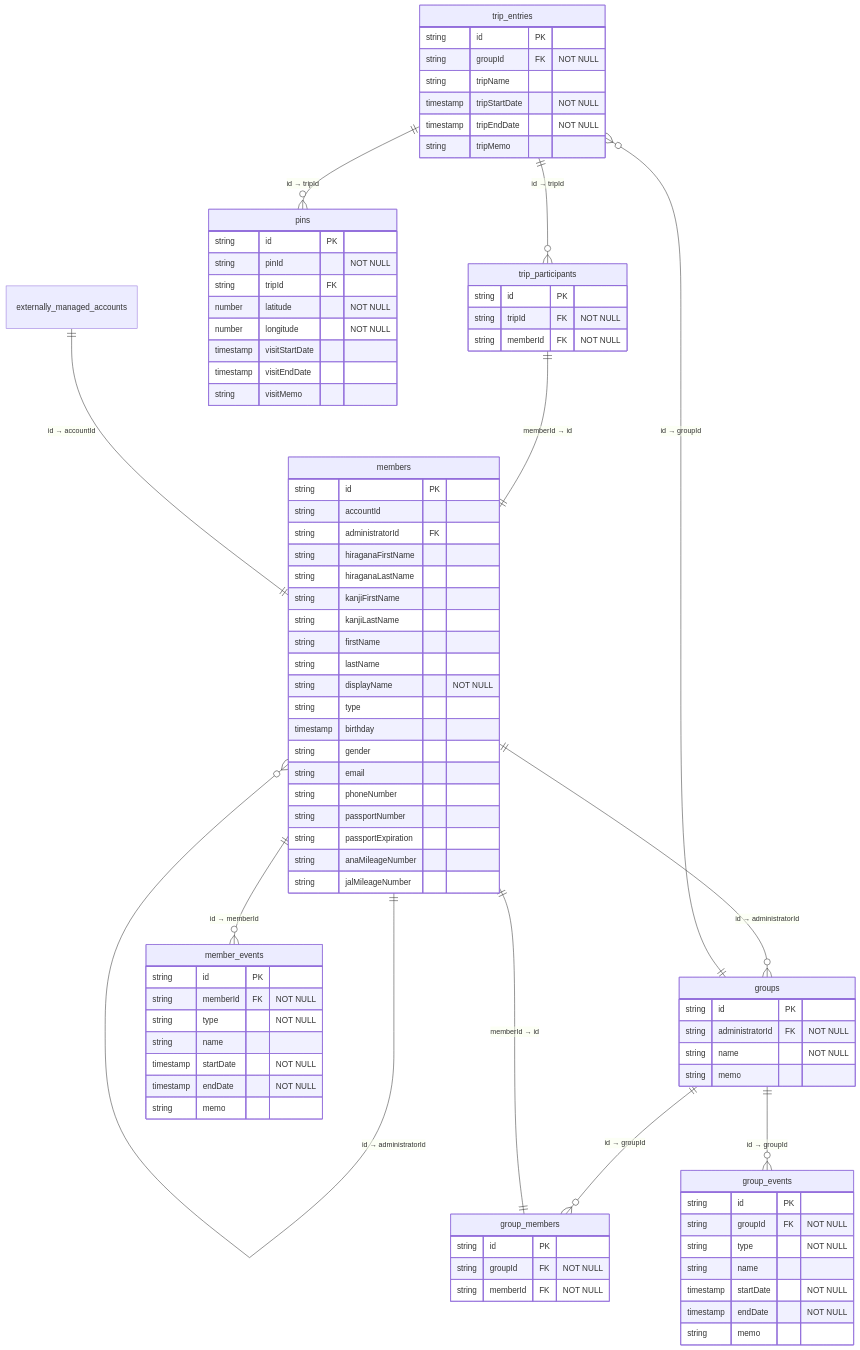
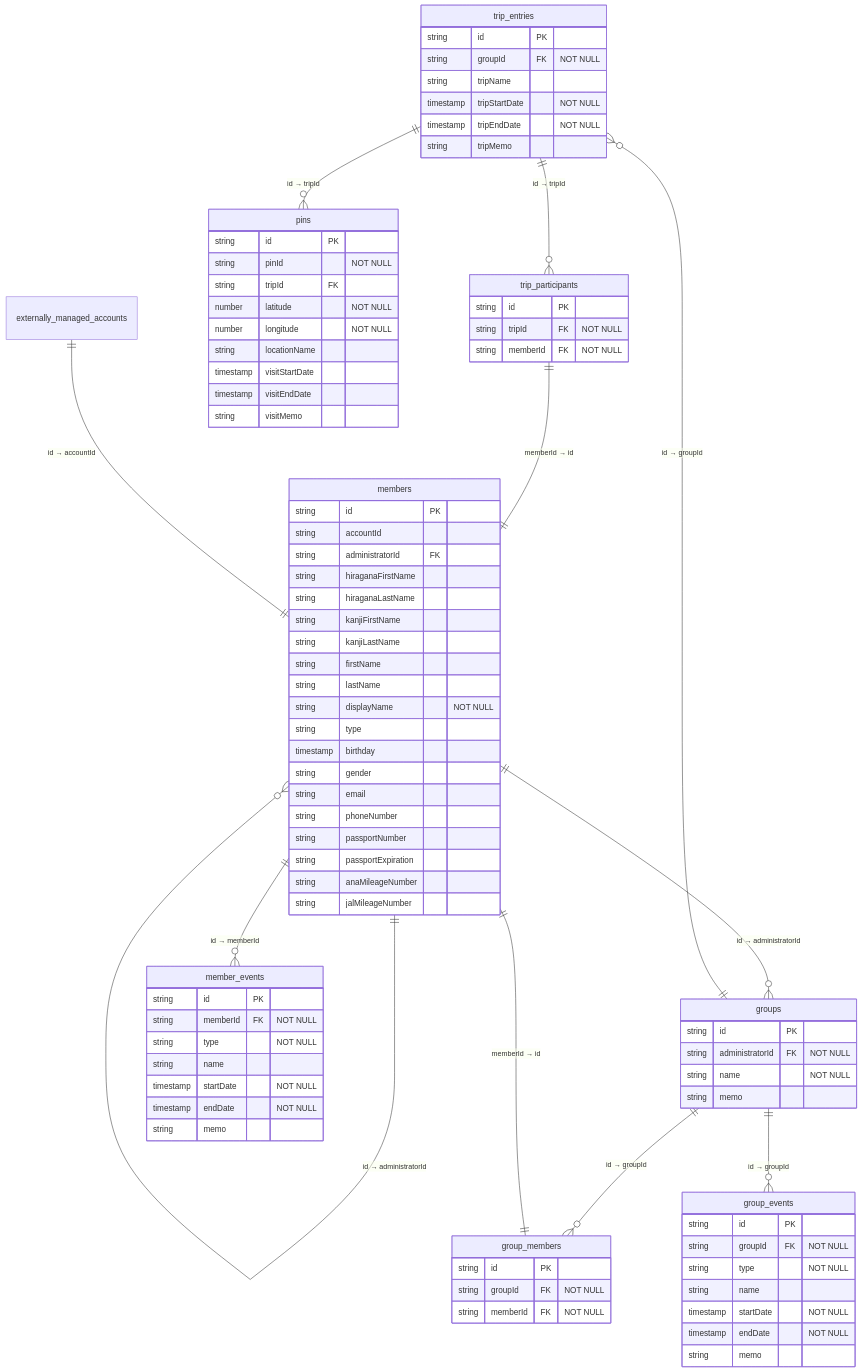
Before and after one commit to taka-016/memora: the diagram in doc/er_diagram.md, drawn with Mermaid.

Commit message:
コミット漏れ

```diff
--- a/doc/er_diagram.md
+++ b/doc/er_diagram.md
@@ -21,6 +21,7 @@
         string tripId FK
         number latitude "NOT NULL"
         number longitude "NOT NULL"
+        string locationName
         timestamp visitStartDate
         timestamp visitEndDate
         string visitMemo
```
